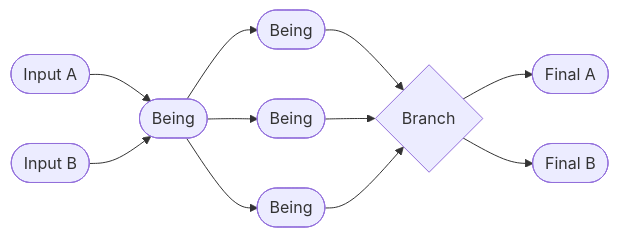
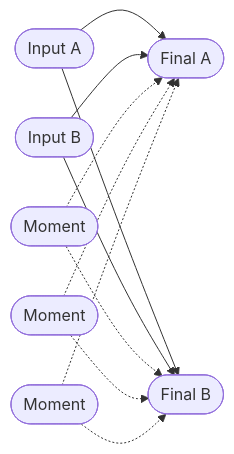
The eighth of 8 diagrams in README.md (be-framework/be-demos), drawn with Mermaid before and after one commit. The commit also changed other lines of this file and 1 other file, not shown here.

First line of the commit message:
README: align pattern diagrams with patterns.json (CodeRabbit review)

````diff
--- a/README.md
+++ b/README.md
@@ -158,13 +144,10 @@
 ```mermaid
 flowchart LR
-    I1([Input A]) --> C([Being])
-    I2([Input B]) --> C
-    C --> P1([Being])
-    C --> P2([Being])
-    C --> P3([Being])
-    P1 --> D{Branch}
-    P2 --> D
-    P3 --> D
-    D --> F1([Final A])
-    D --> F2([Final B])
+    I1([Input A]) --> F1([Final A])
+    I1 --> F2([Final B])
+    I2([Input B]) --> F1
+    I2 --> F2
+    M1([Moment]) -.-> F1 & F2
+    M2([Moment]) -.-> F1 & F2
+    M3([Moment]) -.-> F1 & F2
 ```
````
